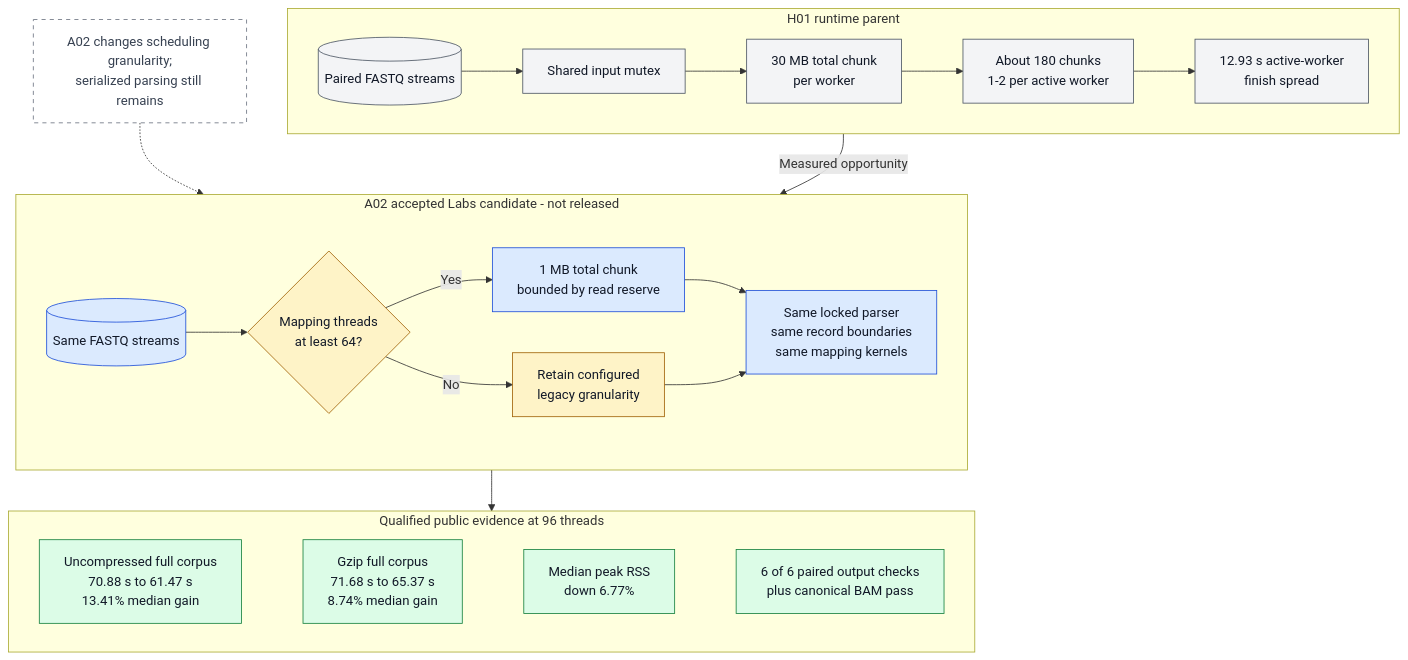
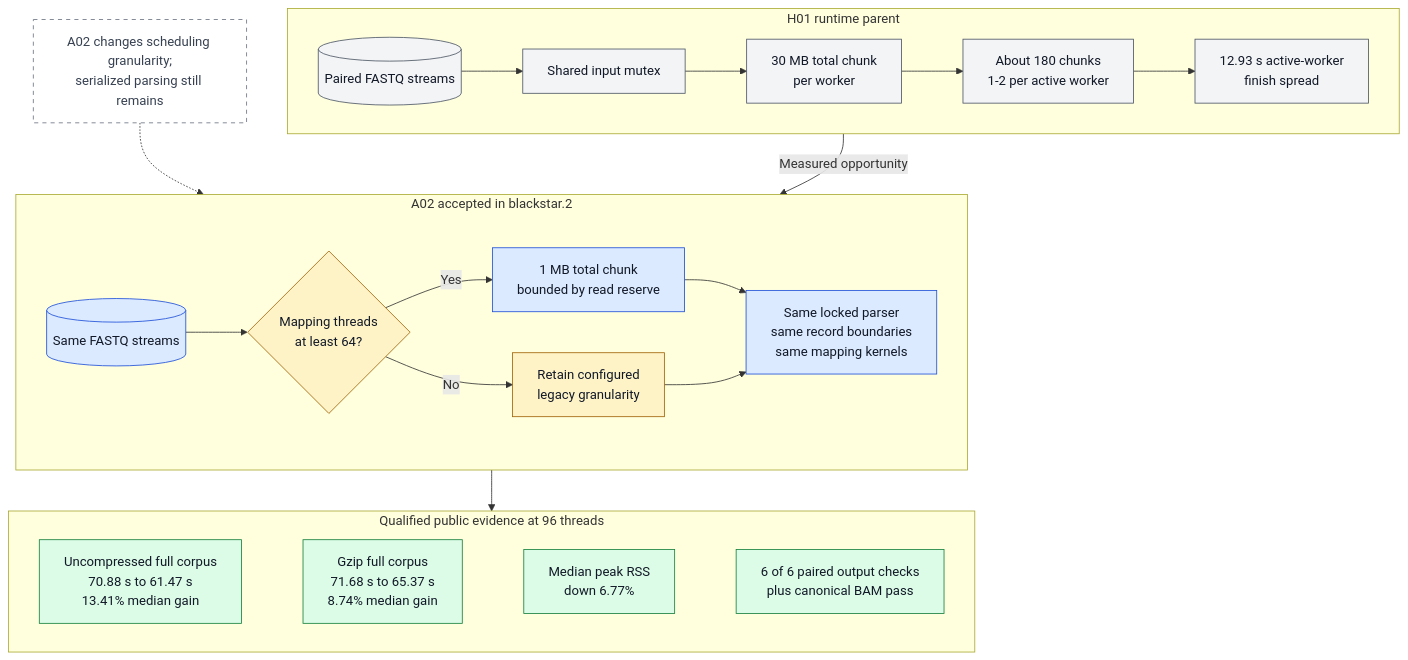
Before and after one commit to justinblethrow-cloud/STAR: the diagram in docs/architecture/diagrams/src/F18-adaptive-input-chunks.mmd, drawn with Mermaid. The commit also changed 52 other files, not shown here.

```diff
--- a/docs/architecture/diagrams/src/F18-adaptive-input-chunks.mmd
+++ b/docs/architecture/diagrams/src/F18-adaptive-input-chunks.mmd
@@ -1,50 +1,50 @@
 flowchart TB
     subgraph BEFORE["H01 runtime parent"]
         direction LR
         INPUT1[("Paired FASTQ streams")]
         LOCK1["Shared input mutex"]
         LARGE["30 MB total chunk<br/>per worker"]
         FEW["About 180 chunks<br/>1-2 per active worker"]
         TAIL["12.93 s active-worker<br/>finish spread"]
         INPUT1 --> LOCK1 --> LARGE --> FEW --> TAIL
     end
 
-    subgraph AFTER["A02 accepted Labs candidate - not released"]
+    subgraph AFTER["A02 accepted in blackstar.2"]
         direction LR
         INPUT2[("Same FASTQ streams")]
         DECIDE{"Mapping threads<br/>at least 64?"}
         SMALL["1 MB total chunk<br/>bounded by read reserve"]
         LEGACY["Retain configured<br/>legacy granularity"]
         MAP["Same locked parser<br/>same record boundaries<br/>same mapping kernels"]
         INPUT2 --> DECIDE
         DECIDE -->|Yes| SMALL --> MAP
         DECIDE -->|No| LEGACY --> MAP
     end
 
     TAIL -->|Measured opportunity| DECIDE
 
     subgraph RESULTS["Qualified public evidence at 96 threads"]
         direction LR
         RAW["Uncompressed full corpus<br/>70.88 s to 61.47 s<br/>13.41% median gain"]
         GZIP["Gzip full corpus<br/>71.68 s to 65.37 s<br/>8.74% median gain"]
         RESOURCE["Median peak RSS<br/>down 6.77%"]
         EXACT["6 of 6 paired output checks<br/>plus canonical BAM pass"]
         RAW ~~~ GZIP
         GZIP ~~~ RESOURCE
         RESOURCE ~~~ EXACT
     end
 
     MAP --> RAW
 
     LIMIT["A02 changes scheduling granularity;<br/>serialized parsing still remains"] -.-> MAP
 
     classDef parent fill:#f3f4f6,stroke:#4b5563,color:#111827;
     classDef control fill:#fef3c7,stroke:#a16207,color:#111827;
     classDef candidate fill:#dbeafe,stroke:#1d4ed8,color:#111827;
     classDef success fill:#dcfce7,stroke:#15803d,color:#111827;
     classDef note fill:#ffffff,stroke:#6b7280,color:#374151,stroke-dasharray: 5 5;
     class INPUT1,LOCK1,LARGE,FEW,TAIL parent;
     class DECIDE,LEGACY control;
     class INPUT2,SMALL,MAP candidate;
     class RAW,GZIP,RESOURCE,EXACT success;
     class LIMIT note;
```
